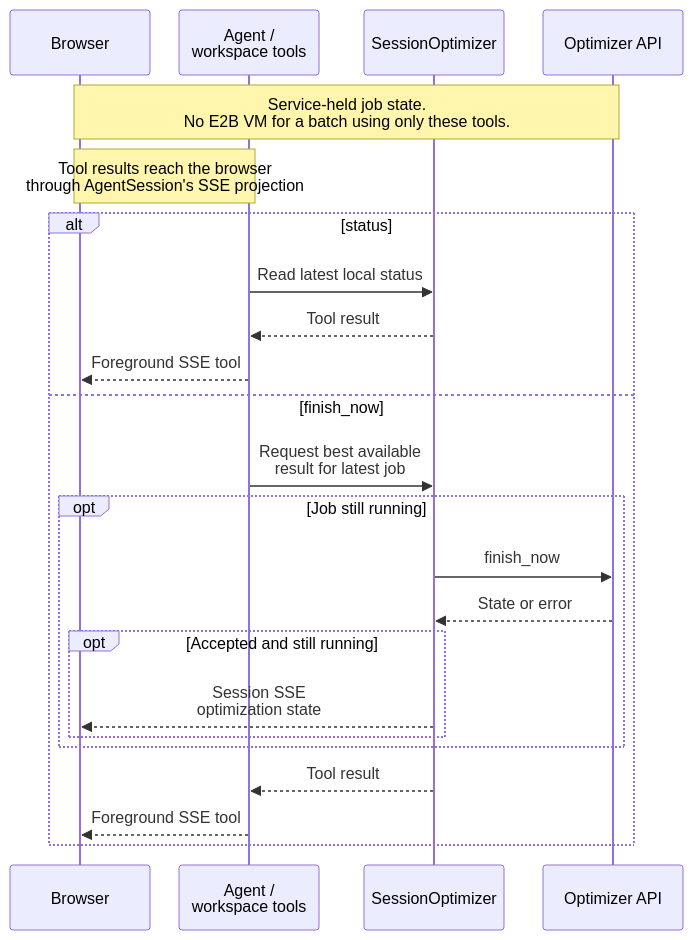
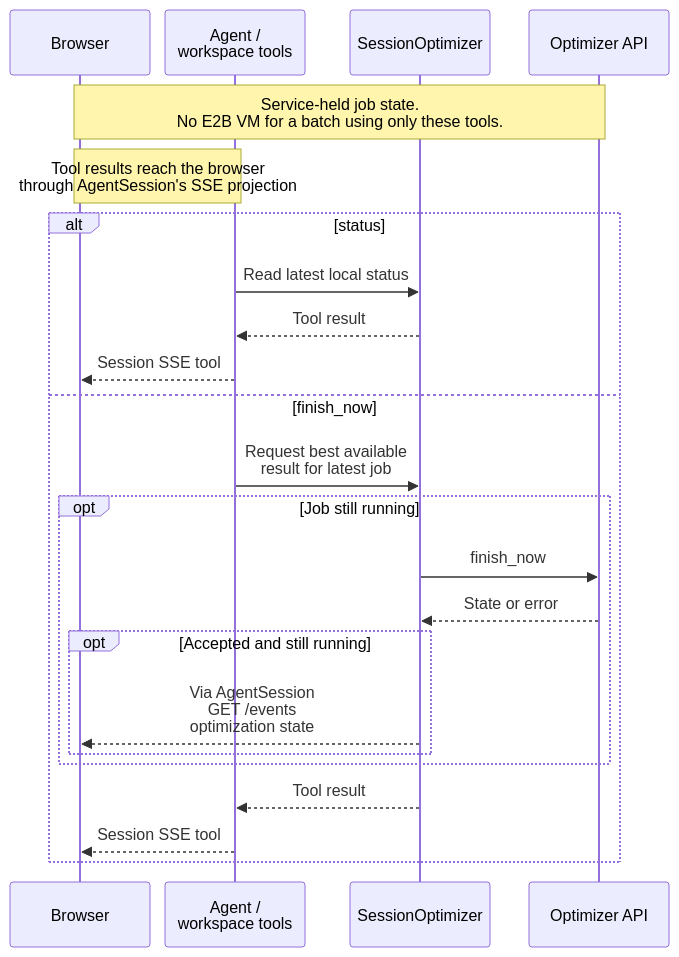
One commit to j3soon/nurse-scheduling changed diagram 13 of 15 in docs/content/developer-guide/ai-assistant.md. Above: the diagram before and after it, drawn with Mermaid. The commit also changed other lines of this file and 16 other files, not shown here.

First line of the commit message:
feat(core/ai): unify run delivery through session events

````diff
--- a/docs/content/developer-guide/ai-assistant.md
+++ b/docs/content/developer-guide/ai-assistant.md
@@ -660,37 +656,37 @@
 ```mermaid
 ---
 config:
   sequence:
     actorMargin: 12
     width: 140
     diagramMarginX: 4
     diagramMarginY: 8
     wrap: false
     wrapPadding: 4
 ---
 sequenceDiagram
     participant Browser
     participant Agent as Agent /<br/>workspace tools
     participant Jobs as SessionOptimizer
     participant API as Optimizer API
 
     Note over Browser,API: Service-held job state.<br/>No E2B VM for a batch using only these tools.
     Note over Browser,Agent: Tool results reach the browser<br/>through AgentSession's SSE projection
     alt status
         Agent->>Jobs: Read latest local status
         Jobs-->>Agent: Tool result
-        Agent-->>Browser: Foreground SSE tool
+        Agent-->>Browser: Session SSE tool
     else finish_now
         Agent->>Jobs: Request best available<br/>result for latest job
         opt Job still running
             Jobs->>API: finish_now
             API-->>Jobs: State or error
             opt Accepted and still running
-                Jobs-->>Browser: Session SSE<br/>optimization state
+                Jobs-->>Browser: Via AgentSession<br/>GET /events<br/>optimization state
             end
         end
         Jobs-->>Agent: Tool result
-        Agent-->>Browser: Foreground SSE tool
+        Agent-->>Browser: Session SSE tool
     end
 
 ```
````
